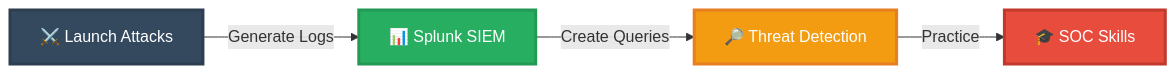
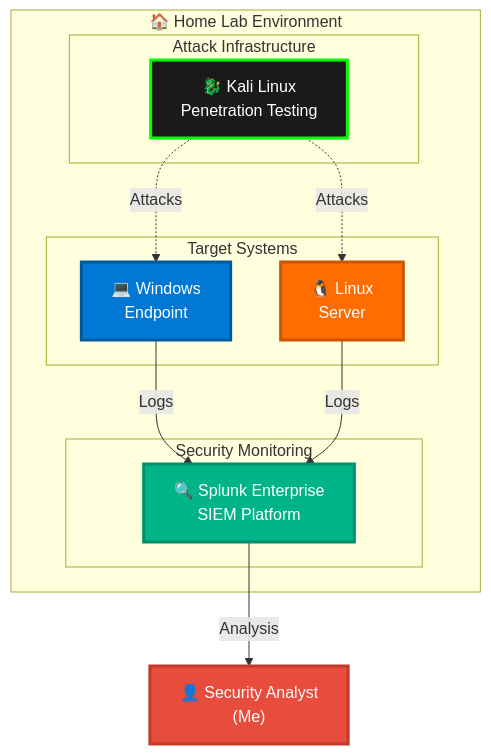
Before and after one commit to 0xMart/Homelab-SOC: the diagram in README.md, drawn with Mermaid.

````diff
--- a/README.md
+++ b/README.md
@@ -5,11 +5,29 @@
 ```mermaid
-flowchart LR
-    A["⚔️ Launch Attacks"] -->|Generate Logs| B["📊 Splunk SIEM"]
-    B -->|Create Queries| C["🔎 Threat Detection"]
-    C -->|Practice| D["🎓 SOC Skills"]
+graph TB
+    subgraph lab["🏠 Home Lab Environment"]
+        subgraph attack["Attack Infrastructure"]
+            kali["🐉 Kali Linux<br/>Penetration Testing"]
+        end
+        
+        subgraph targets["Target Systems"]
+            win["💻 Windows<br/>Endpoint"]
+            linux["🐧 Linux<br/>Server"]
+        end
+        
+        subgraph monitoring["Security Monitoring"]
+            splunk["🔍 Splunk Enterprise<br/>SIEM Platform"]
+        end
+    end
     
-    style A fill:#34495e,stroke:#2c3e50,stroke-width:3px,color:#fff
-    style B fill:#27ae60,stroke:#229954,stroke-width:3px,color:#fff
-    style C fill:#f39c12,stroke:#e67e22,stroke-width:3px,color:#fff
-    style D fill:#e74c3c,stroke:#c0392b,stroke-width:3px,color:#fff
+    kali -.->|Attacks| win
+    kali -.->|Attacks| linux
+    win -->|Logs| splunk
+    linux -->|Logs| splunk
+    splunk -->|Analysis| analyst["👤 Security Analyst<br/>(Me)"]
+    
+    style kali fill:#1a1a1a,stroke:#00ff00,stroke-width:3px,color:#fff
+    style win fill:#0078d4,stroke:#005a9e,stroke-width:3px,color:#fff
+    style linux fill:#ff6c00,stroke:#cc5500,stroke-width:3px,color:#fff
+    style splunk fill:#00b388,stroke:#008f6c,stroke-width:3px,color:#fff
+    style analyst fill:#e74c3c,stroke:#c0392b,stroke-width:3px,color:#fff
 ```
````
